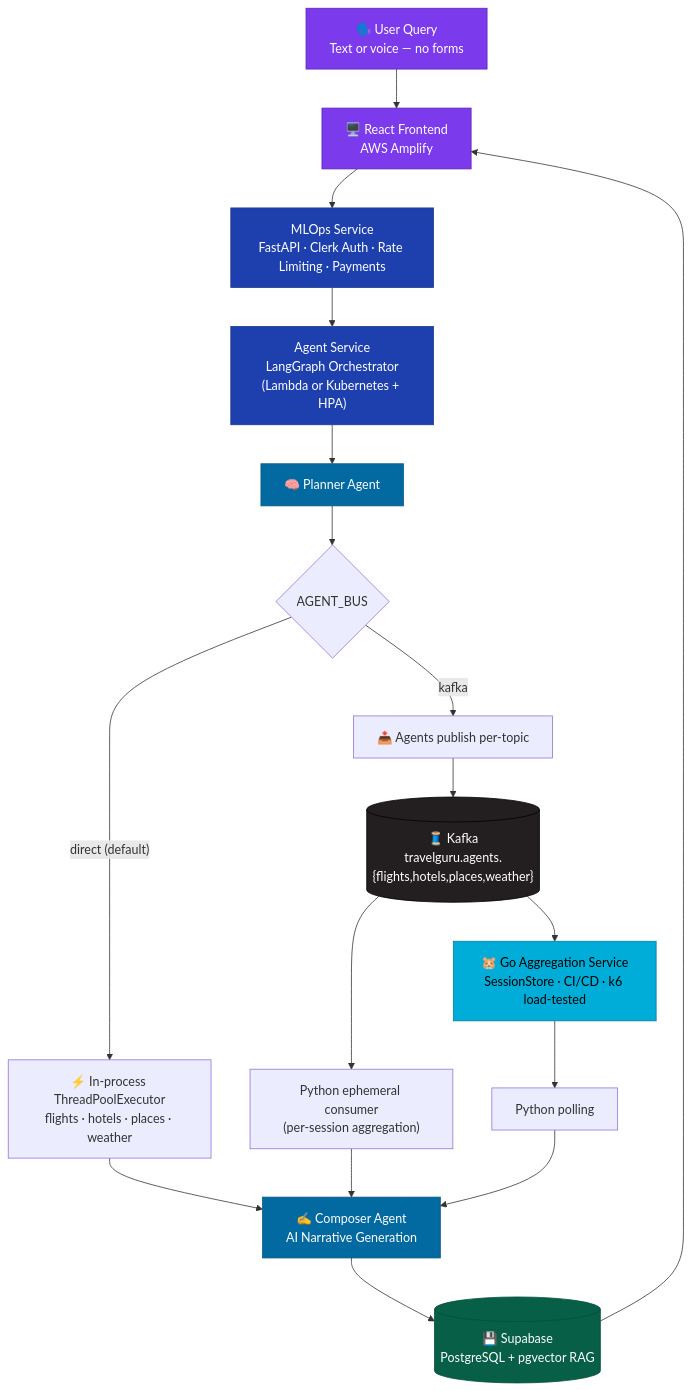
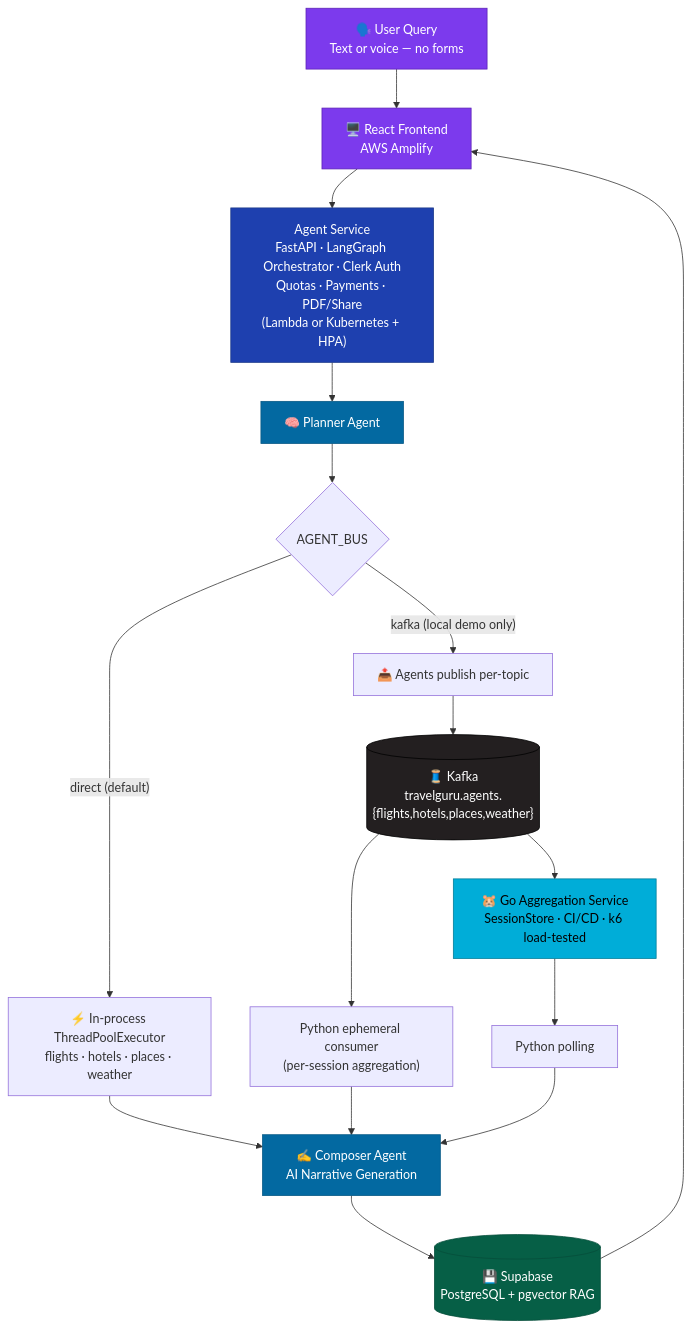
Before and after one commit to uditnegi16/TravelMasterV2: the diagram in README.md, drawn with Mermaid. The commit also changed other lines of this file and 3 other files, not shown here.

````diff
--- a/README.md
+++ b/README.md
@@ -134,33 +146,31 @@
 ```mermaid
 flowchart TD
     U["🗣️ User Query\nText or voice — no forms"] --> FE["🖥️ React Frontend\nAWS Amplify"]
-    FE --> MLOPS["MLOps Service\nFastAPI · Clerk Auth · Rate Limiting · Payments"]
-    MLOPS --> AGENT["Agent Service\nLangGraph Orchestrator\n(Lambda or Kubernetes + HPA)"]
+    FE --> AGENT["Agent Service\nFastAPI · LangGraph Orchestrator · Clerk Auth\nQuotas · Payments · PDF/Share\n(Lambda or Kubernetes + HPA)"]
 
     AGENT --> PLANNER["🧠 Planner Agent"]
     PLANNER --> ROUTER{"AGENT_BUS"}
 
     ROUTER -->|"direct (default)"| DIRECT["⚡ In-process ThreadPoolExecutor\nflights · hotels · places · weather"]
-    ROUTER -->|"kafka"| PRODUCE["📤 Agents publish per-topic"]
+    ROUTER -->|"kafka (local demo only)"| PRODUCE["📤 Agents publish per-topic"]
 
     PRODUCE --> KAFKA[("🧵 Kafka\ntravelguru.agents.{flights,hotels,places,weather}")]
     KAFKA --> PYCONSUMER["Python ephemeral consumer\n(per-session aggregation)"]
     KAFKA --> GOAGG["🐹 Go Aggregation Service\nSessionStore · CI/CD · k6 load-tested"]
 
     DIRECT --> COMPOSER["✍️ Composer Agent\nAI Narrative Generation"]
     PYCONSUMER --> COMPOSER
     GOAGG --> POLL["Python polling"] --> COMPOSER
 
     COMPOSER --> DB[("💾 Supabase\nPostgreSQL + pgvector RAG")]
     DB --> FE
 
     style U fill:#7c3aed,color:#fff,stroke:#5b21b6
     style FE fill:#7c3aed,color:#fff,stroke:#5b21b6
-    style MLOPS fill:#1e40af,color:#fff,stroke:#1e3a8a
     style AGENT fill:#1e40af,color:#fff,stroke:#1e3a8a
     style PLANNER fill:#0369a1,color:#fff,stroke:#075985
     style KAFKA fill:#231f20,color:#fff,stroke:#000
     style GOAGG fill:#00ADD8,color:#000,stroke:#007d99
     style COMPOSER fill:#0369a1,color:#fff,stroke:#075985
     style DB fill:#065f46,color:#fff,stroke:#064e3b
 ```
````
